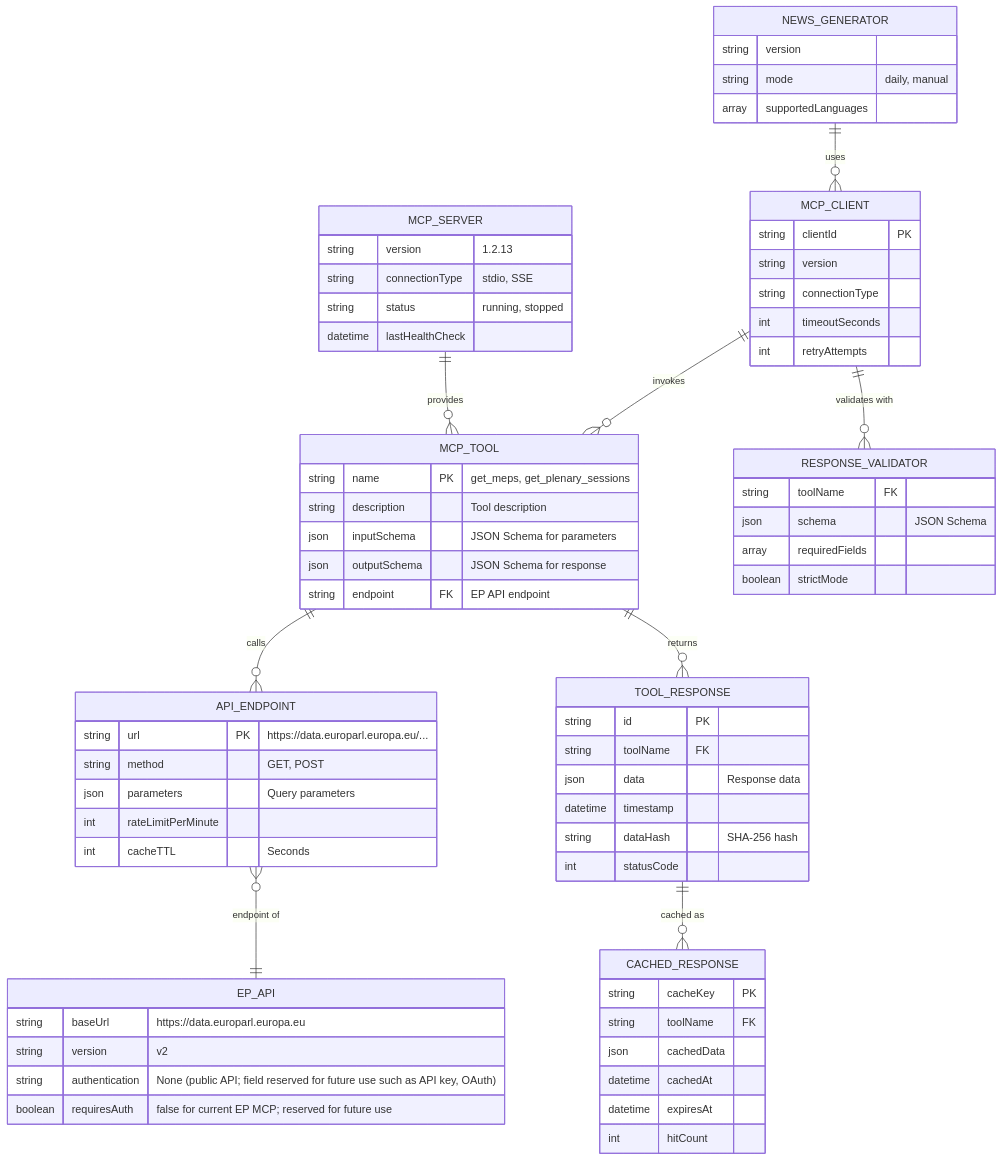
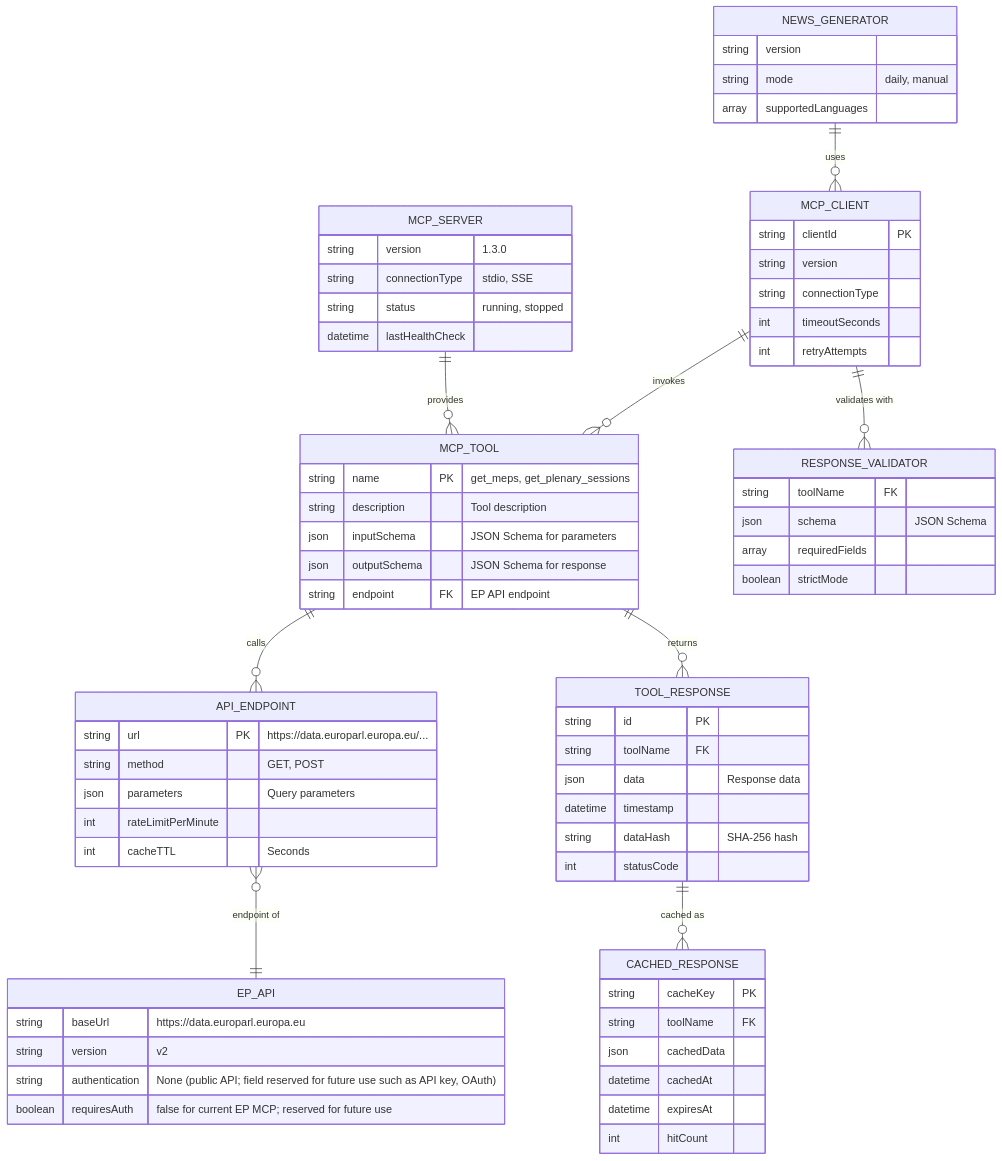
One commit to Hack23/euparliamentmonitor changed the third of 9 diagrams in DATA_MODEL.md. Above: the diagram before and after it, drawn with Mermaid. The commit also changed other lines of this file and 2 other files, not shown here.

````diff
--- a/DATA_MODEL.md
+++ b/DATA_MODEL.md
@@ -931,81 +973,81 @@
 ```mermaid
 erDiagram
     MCP_SERVER ||--o{ MCP_TOOL : "provides"
     MCP_TOOL ||--o{ API_ENDPOINT : "calls"
     API_ENDPOINT }o--|| EP_API : "endpoint of"
     MCP_TOOL ||--o{ TOOL_RESPONSE : "returns"
     TOOL_RESPONSE ||--o{ CACHED_RESPONSE : "cached as"
 
     NEWS_GENERATOR ||--o{ MCP_CLIENT : "uses"
     MCP_CLIENT ||--o{ MCP_TOOL : "invokes"
     MCP_CLIENT ||--o{ RESPONSE_VALIDATOR : "validates with"
 
     MCP_SERVER {
-        string version "1.2.13"
+        string version "1.3.0"
         string connectionType "stdio, SSE"
         string status "running, stopped"
         datetime lastHealthCheck
     }
 
     MCP_TOOL {
         string name PK "get_meps, get_plenary_sessions"
         string description "Tool description"
         json inputSchema "JSON Schema for parameters"
         json outputSchema "JSON Schema for response"
         string endpoint FK "EP API endpoint"
     }
 
     API_ENDPOINT {
         string url PK "https://data.europarl.europa.eu/..."
         string method "GET, POST"
         json parameters "Query parameters"
         int rateLimitPerMinute
         int cacheTTL "Seconds"
     }
 
     EP_API {
         string baseUrl "https://data.europarl.europa.eu"
         string version "v2"
         string authentication "None (public API; field reserved for future use such as API key, OAuth)"
         boolean requiresAuth "false for current EP MCP; reserved for future use"
     }
 
     TOOL_RESPONSE {
         string id PK
         string toolName FK
         json data "Response data"
         datetime timestamp
         string dataHash "SHA-256 hash"
         int statusCode
     }
 
     CACHED_RESPONSE {
         string cacheKey PK
         string toolName FK
         json cachedData
         datetime cachedAt
         datetime expiresAt
         int hitCount
     }
 
     MCP_CLIENT {
         string clientId PK
         string version
         string connectionType
         int timeoutSeconds
         int retryAttempts
     }
 
     RESPONSE_VALIDATOR {
         string toolName FK
         json schema "JSON Schema"
         array requiredFields
         boolean strictMode
     }
 
     NEWS_GENERATOR {
         string version
         string mode "daily, manual"
         array supportedLanguages
     }
 ```
````
